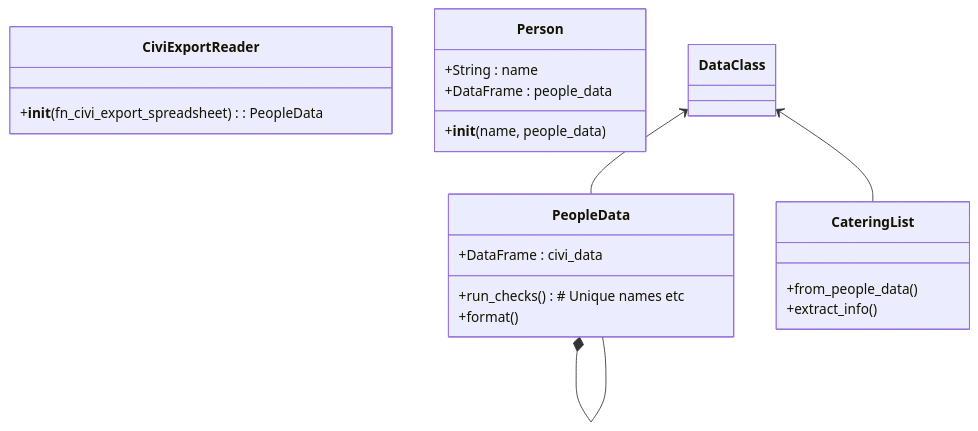
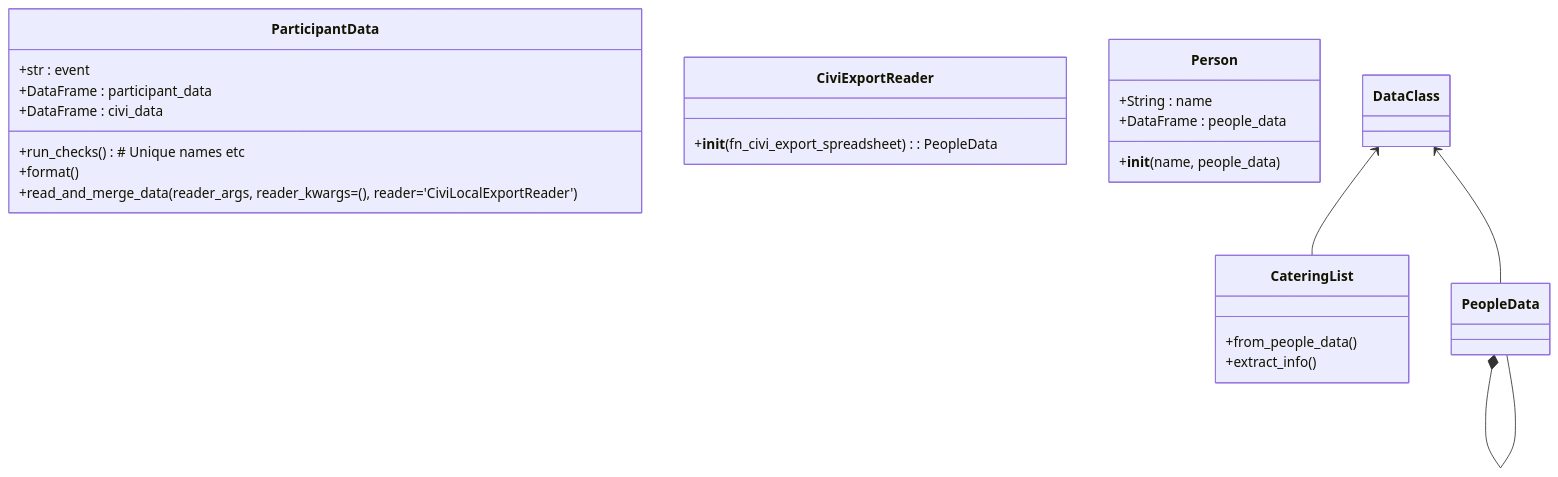
The diagram in docs/source/class_structures.md (TomFarley/othona), drawn with Mermaid before and after one commit. The commit also changed 5 other files, not shown here.

````diff
--- a/docs/source/class_structures.md
+++ b/docs/source/class_structures.md
@@ -5,32 +5,35 @@
 ```mermaid
     classDiagram
         
-        class PeopleData{
+        class ParticipantData{
+            +str : event
+            +DataFrame : participant_data
             +DataFrame : civi_data
             +run_checks() # Unique names etc
             +format()
+            +read_and_merge_data(reader_args, reader_kwargs=(), reader='CiviLocalExportReader')
         }
 
         class CateringList{
             +from_people_data()
             +extract_info()
         }
 
         class CiviExportReader{
             +__init__(fn_civi_export_spreadsheet) : PeopleData
         }
 
         class Person{
             +String : name
             +DataFrame : people_data
             +__init__(name, people_data)
         }
 
         class DataClass{
 
         }
 
         DataClass <-- CateringList
         DataClass <-- PeopleData
         PeopleData *-- PeopleData
 ```
````
